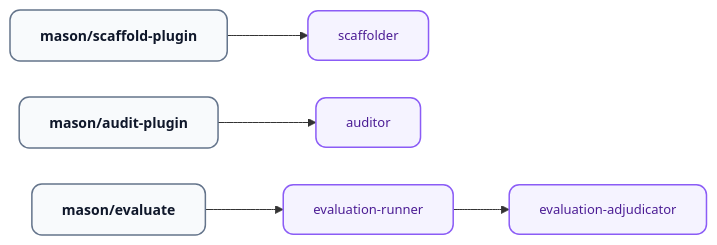
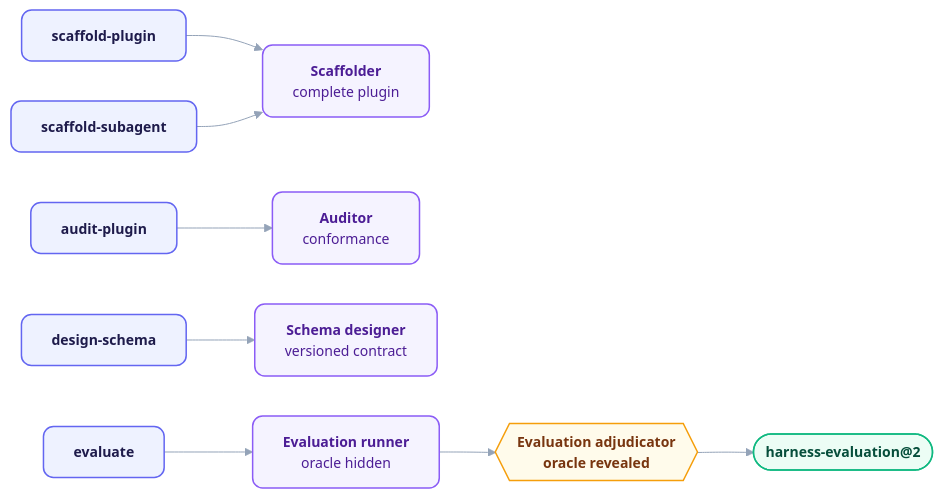
Before and after one commit to orin-dx/agent-plugins: the diagram in plugins/mason/README.md, drawn with Mermaid. The commit also changed other lines of this file and 12 other files, not shown here.

Commit message:
docs: refresh Mermaid diagrams and visual standard

````diff
--- a/plugins/mason/README.md
+++ b/plugins/mason/README.md
@@ -65,13 +65,19 @@
 ```mermaid
-%%{init: {'flowchart': {'curve': 'basis', 'nodeSpacing': 36, 'rankSpacing': 56}}}%%
+%%{init: {'theme': 'base', 'flowchart': {'curve': 'basis', 'nodeSpacing': 40, 'rankSpacing': 56}, 'themeVariables': {'fontFamily': 'Inter, ui-sans-serif, system-ui, sans-serif', 'fontSize': '14px', 'lineColor': '#94a3b8', 'edgeLabelBackground': '#ffffff'}}}%%
 flowchart LR
-    classDef skill fill:#f8fafc,stroke:#64748b,stroke-width:1.5px,color:#0f172a,rx:10,ry:10,font-size:14px,font-weight:600;
-    classDef agent fill:#f5f3ff,stroke:#8b5cf6,stroke-width:1.5px,color:#4c1d95,rx:10,ry:10,font-size:13px,font-weight:500;
+    classDef source fill:#eef2ff,stroke:#6366f1,stroke-width:1.5px,color:#1e1b4b,rx:10px,ry:10px,font-weight:600;
+    classDef engine fill:#f5f3ff,stroke:#8b5cf6,stroke-width:1.5px,color:#4c1d95,rx:10px,ry:10px;
+    classDef router fill:#fffbeb,stroke:#f59e0b,stroke-width:1.5px,color:#78350f,rx:10px,ry:10px,font-weight:600;
+    classDef output fill:#ecfdf5,stroke:#10b981,stroke-width:1.5px,color:#064e3b,rx:10px,ry:10px,font-weight:600;
 
-    SP["mason/scaffold-plugin"] --> SC["scaffolder"]
-    AP["mason/audit-plugin"] --> AU["auditor"]
-    EV["mason/evaluate"] --> ER["evaluation-runner"] --> EA["evaluation-adjudicator"]
+    SP["scaffold-plugin"] --> SC["<b>Scaffolder</b><br/>complete plugin"]
+    SS["scaffold-subagent"] --> SC
+    AP["audit-plugin"] --> AU["<b>Auditor</b><br/>conformance"]
+    DS["design-schema"] --> SD["<b>Schema designer</b><br/>versioned contract"]
+    EV["evaluate"] --> ER["<b>Evaluation runner</b><br/>oracle hidden"] --> EA{{"<b>Evaluation adjudicator</b><br/>oracle revealed"}} --> Report(["harness-evaluation@2"])
 
-    class SP,AP,EV skill
-    class SC,AU,ER,EA agent
+    class SP,SS,AP,DS,EV source
+    class SC,AU,SD,ER engine
+    class EA router
+    class Report output
 ```
````
